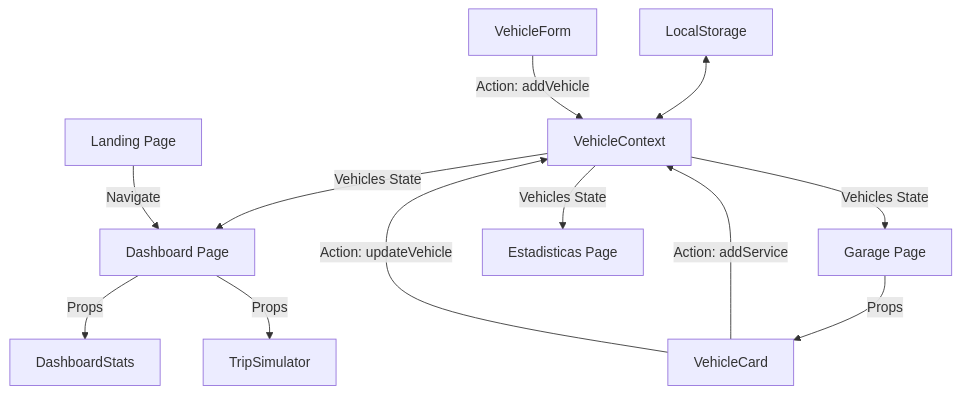
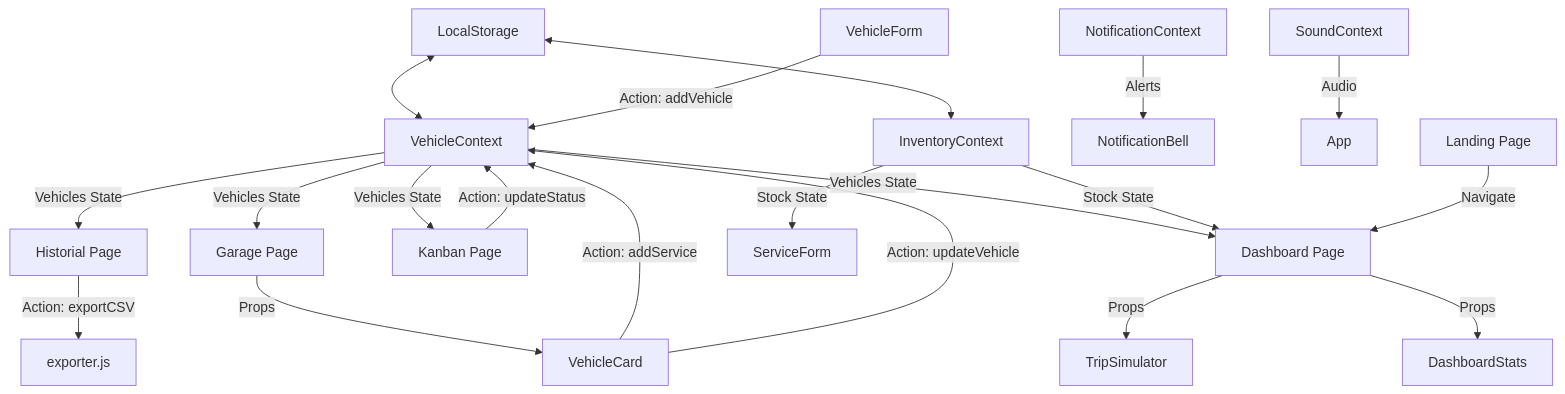
Before and after one commit to KimJesus22/kim-garage-ops: the diagram in ARCHITECTURE.md, drawn with Mermaid. The commit also changed other lines of this file and 1 other file, not shown here.

Commit message:
docs: Actualizar README y ARCHITECTURE con nuevas funcionalidades (v2.1).

````diff
--- a/ARCHITECTURE.md
+++ b/ARCHITECTURE.md
@@ -19,16 +19,28 @@
 ```mermaid
 graph TD
     Store[LocalStorage] <--> Context[VehicleContext]
+    Store <--> InvContext[InventoryContext]
+    
     Context -->|Vehicles State| Dashboard[Dashboard Page]
     Context -->|Vehicles State| Garage[Garage Page]
-    Context -->|Vehicles State| Stats[Estadisticas Page]
+    Context -->|Vehicles State| Kanban[Kanban Page]
+    Context -->|Vehicles State| Historial[Historial Page]
+    
+    InvContext -->|Stock State| Dashboard
+    InvContext -->|Stock State| ServiceForm
+    
+    NotifContext[NotificationContext] -->|Alerts| Bell[NotificationBell]
+    SoundContext[SoundContext] -->|Audio| App
     
     Dashboard -->|Props| StatsComp[DashboardStats]
     Dashboard -->|Props| TripSim[TripSimulator]
     Garage -->|Props| Card[VehicleCard]
     
     Card -->|Action: addService| Context
     Card -->|Action: updateVehicle| Context
+    Kanban -->|Action: updateStatus| Context
+    Historial -->|Action: exportCSV| Exporter[exporter.js]
+    
     Form[VehicleForm] -->|Action: addVehicle| Context
     Landing[Landing Page] -->|Navigate| Dashboard
 ```
````
